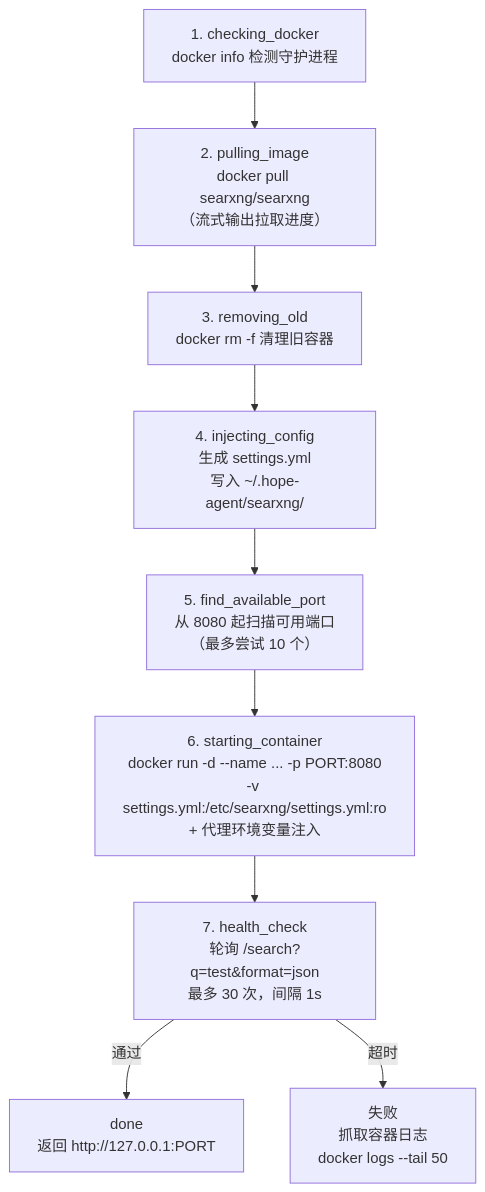
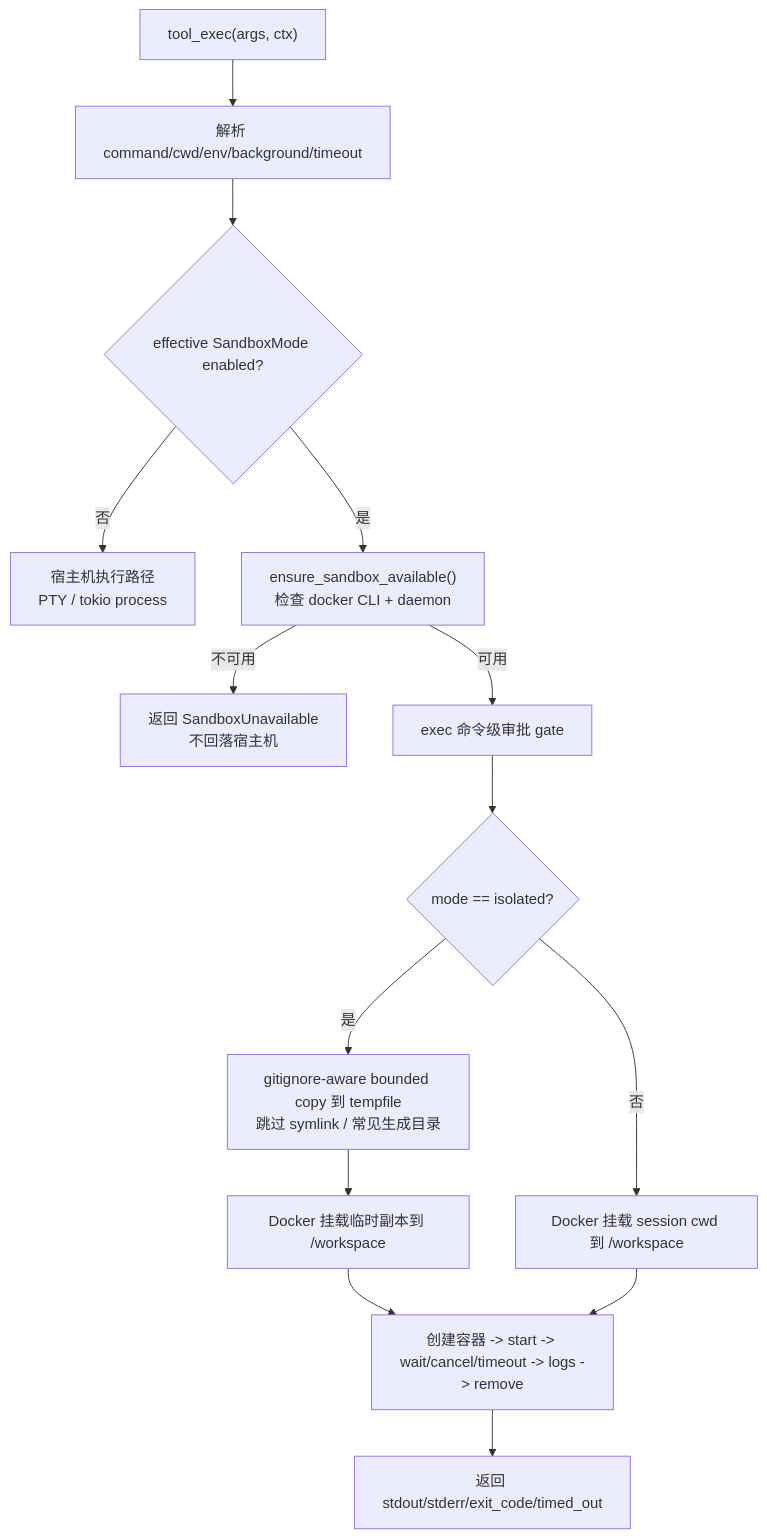
Before and after one commit to shiwenwen/hope-agent: the first of 2 diagrams in docs/architecture/sandbox.md, drawn with Mermaid. The commit also changed other lines of this file and 60 other files, not shown here.

````diff
--- a/docs/architecture/sandbox.md
+++ b/docs/architecture/sandbox.md
@@ -48,12 +244,16 @@
 ```mermaid
 flowchart TD
-    A["1. checking_docker<br/>docker info 检测守护进程"] --> B["2. pulling_image<br/>docker pull searxng/searxng<br/>（流式输出拉取进度）"]
-    B --> C["3. removing_old<br/>docker rm -f 清理旧容器"]
-    C --> D["4. injecting_config<br/>生成 settings.yml<br/>写入 ~/.hope-agent/searxng/"]
-    D --> E["5. find_available_port<br/>从 8080 起扫描可用端口<br/>（最多尝试 10 个）"]
-    E --> F["6. starting_container<br/>docker run -d --name ... -p PORT:8080<br/>-v settings.yml:/etc/searxng/settings.yml:ro<br/>+ 代理环境变量注入"]
-    F --> G["7. health_check<br/>轮询 /search?q=test&format=json<br/>最多 30 次，间隔 1s"]
-    G -->|通过| H["done<br/>返回 http://127.0.0.1:PORT"]
-    G -->|超时| I["失败<br/>抓取容器日志<br/>docker logs --tail 50"]
-
+    A["tool_exec(args, ctx)"] --> B["解析 command/cwd/env/background/timeout"]
+    B --> C{"effective SandboxMode enabled?"}
+    C -->|否| H["宿主机执行路径<br/>PTY / tokio process"]
+    C -->|是| D["ensure_sandbox_available()<br/>检查 docker CLI + daemon"]
+    D -->|不可用| E["返回 SandboxUnavailable<br/>不回落宿主机"]
+    D -->|可用| F["exec 命令级审批 gate"]
+    F --> G{"mode == isolated?"}
+    G -->|是| I["gitignore-aware bounded copy 到 tempfile<br/>跳过 symlink / 常见生成目录"]
+    I --> J["Docker 挂载临时副本到 /workspace"]
+    G -->|否| K["Docker 挂载 session cwd 到 /workspace"]
+    J --> L["创建容器 -> start -> wait/cancel/timeout -> logs -> remove"]
+    K --> L
+    L --> M["返回 stdout/stderr/exit_code/timed_out"]
 ```
````
